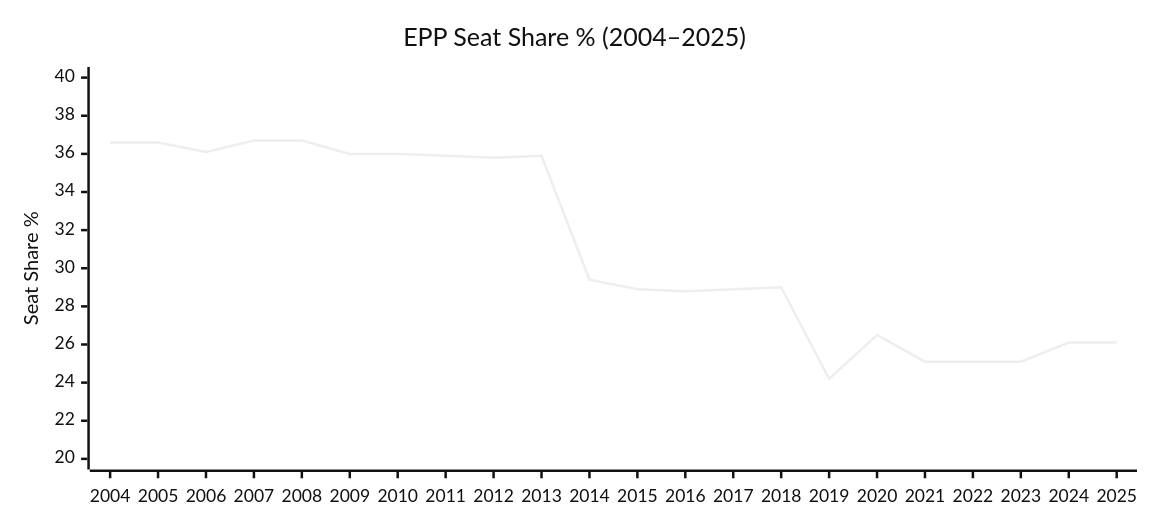
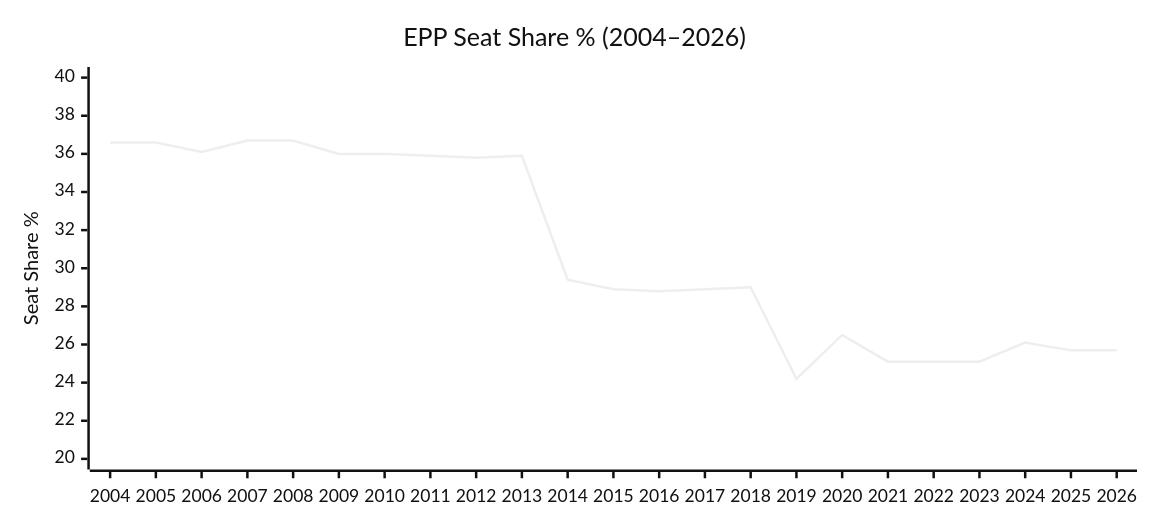
One commit to Hack23/European-Parliament-MCP-Server changed the second of 21 diagrams in api-markdown/_media/EP_POLITICAL_LANDSCAPE.md. Above: the diagram before and after it, drawn with Mermaid (neutral theme). The commit also changed other lines of this file and 1437 other files, not shown here.

````diff
--- a/api-markdown/_media/EP_POLITICAL_LANDSCAPE.md
+++ b/api-markdown/_media/EP_POLITICAL_LANDSCAPE.md
@@ -63,13 +65,13 @@
 ```mermaid
 ---
 config:
   xyChart:
     width: 900
     height: 400
 ---
 xychart-beta
-    title "EPP Seat Share % (2004–2025)"
-    x-axis [2004, 2005, 2006, 2007, 2008, 2009, 2010, 2011, 2012, 2013, 2014, 2015, 2016, 2017, 2018, 2019, 2020, 2021, 2022, 2023, 2024, 2025]
+    title "EPP Seat Share % (2004–2026)"
+    x-axis [2004, 2005, 2006, 2007, 2008, 2009, 2010, 2011, 2012, 2013, 2014, 2015, 2016, 2017, 2018, 2019, 2020, 2021, 2022, 2023, 2024, 2025, 2026]
     y-axis "Seat Share %" 20 --> 40
-    line [36.6, 36.6, 36.1, 36.7, 36.7, 36.0, 36.0, 35.9, 35.8, 35.9, 29.4, 28.9, 28.8, 28.9, 29.0, 24.2, 26.5, 25.1, 25.1, 25.1, 26.1, 26.1]
+    line [36.6, 36.6, 36.1, 36.7, 36.7, 36.0, 36.0, 35.9, 35.8, 35.9, 29.4, 28.9, 28.8, 28.9, 29.0, 24.2, 26.5, 25.1, 25.1, 25.1, 26.1, 25.7, 25.7]
 ```
````
